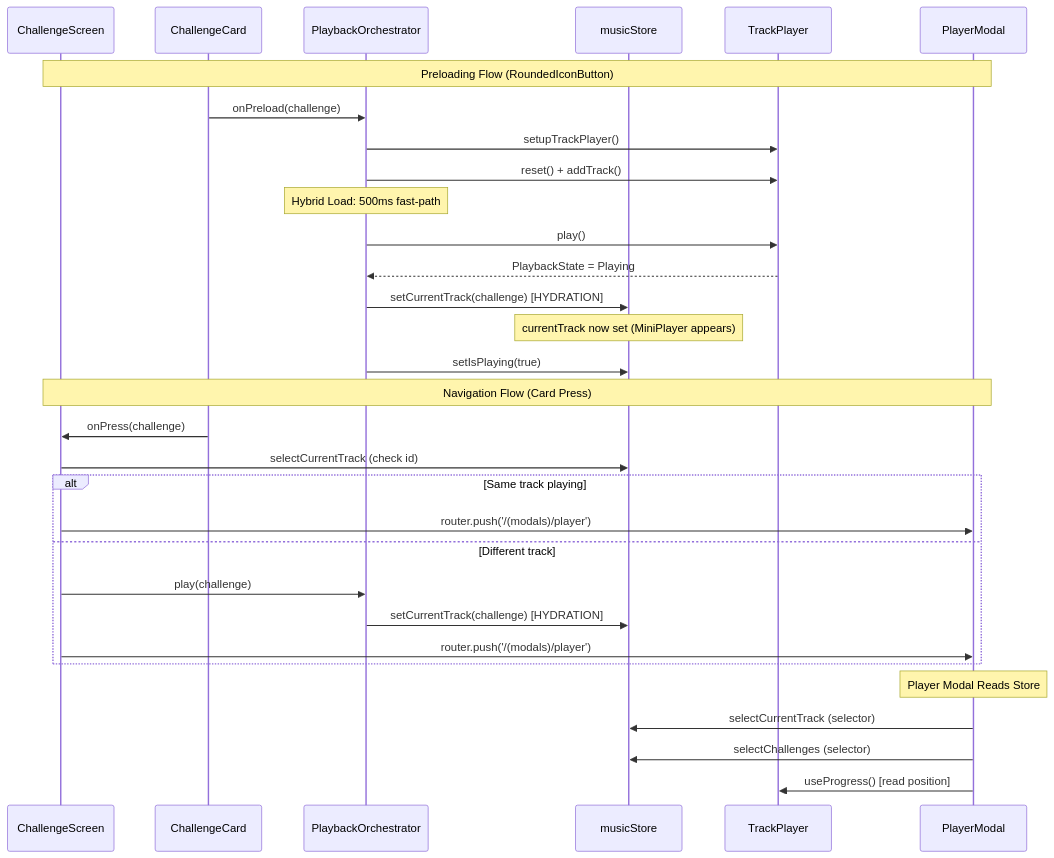
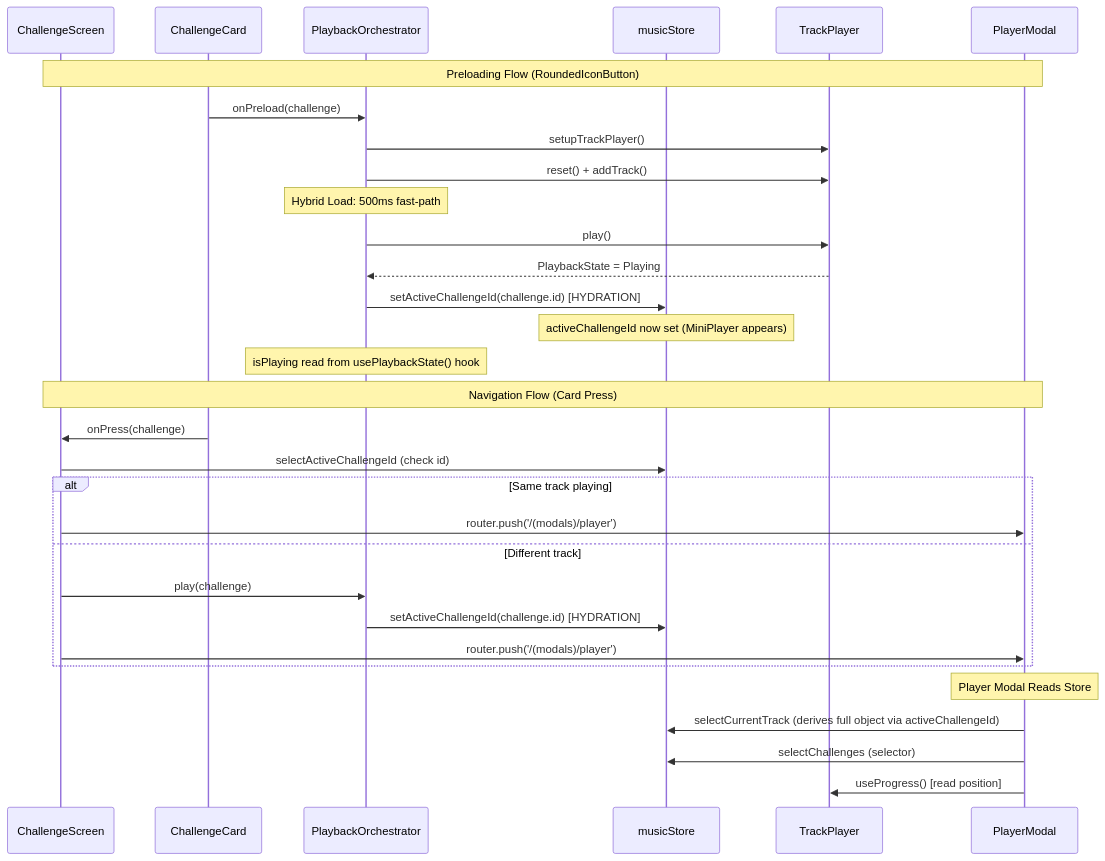
The second of 8 diagrams in ARCHITECTURE.md (ColinaLozito/music-rewards-mini-app), drawn with Mermaid before and after one commit. The commit also changed other lines of this file and 7 other files, not shown here.

First line of the commit message:
refactor(store): normalize musicStore to activeChallengeId

````diff
--- a/ARCHITECTURE.md
+++ b/ARCHITECTURE.md
@@ -283,36 +282,36 @@
 ```mermaid
 sequenceDiagram
     participant Screen as ChallengeScreen
     participant Card as ChallengeCard
     participant Orchestrator as PlaybackOrchestrator
     participant Store as musicStore
     participant TP as TrackPlayer
     participant Modal as PlayerModal
 
     Note over Screen,Modal: Preloading Flow (RoundedIconButton)
     Card->>Orchestrator: onPreload(challenge)
     Orchestrator->>TP: setupTrackPlayer()
     Orchestrator->>TP: reset() + addTrack()
     Note over Orchestrator: Hybrid Load: 500ms fast-path
     Orchestrator->>TP: play()
     TP-->>Orchestrator: PlaybackState = Playing
-    Orchestrator->>Store: setCurrentTrack(challenge) [HYDRATION]
-    Note over Store: currentTrack now set (MiniPlayer appears)
-    Orchestrator->>Store: setIsPlaying(true)
+    Orchestrator->>Store: setActiveChallengeId(challenge.id) [HYDRATION]
+    Note over Store: activeChallengeId now set (MiniPlayer appears)
+    Note over Orchestrator: isPlaying read from usePlaybackState() hook
 
     Note over Screen,Modal: Navigation Flow (Card Press)
     Card->>Screen: onPress(challenge)
-    Screen->>Store: selectCurrentTrack (check id)
+    Screen->>Store: selectActiveChallengeId (check id)
     alt Same track playing
         Screen->>Modal: router.push('/(modals)/player')
     else Different track
         Screen->>Orchestrator: play(challenge)
-        Orchestrator->>Store: setCurrentTrack(challenge) [HYDRATION]
+        Orchestrator->>Store: setActiveChallengeId(challenge.id) [HYDRATION]
         Screen->>Modal: router.push('/(modals)/player')
     end
 
     Note over Modal: Player Modal Reads Store
-    Modal->>Store: selectCurrentTrack (selector)
+    Modal->>Store: selectCurrentTrack (derives full object via activeChallengeId)
     Modal->>Store: selectChallenges (selector)
     Modal->>TP: useProgress() [read position]
 ```
````
